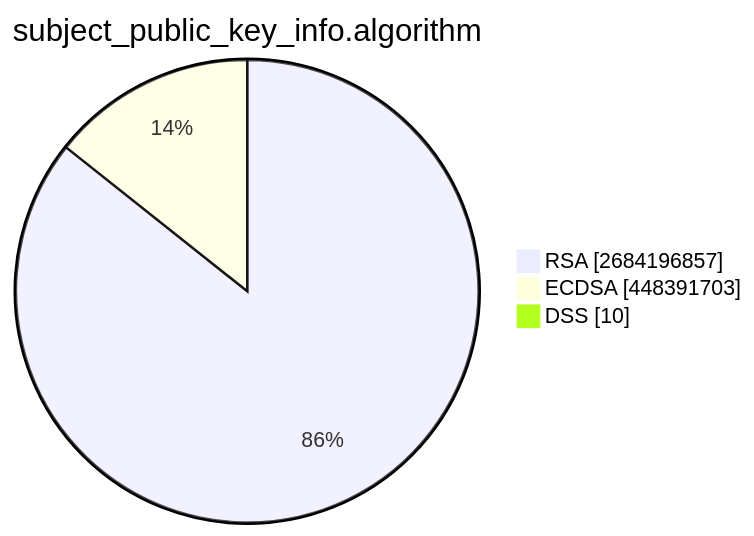
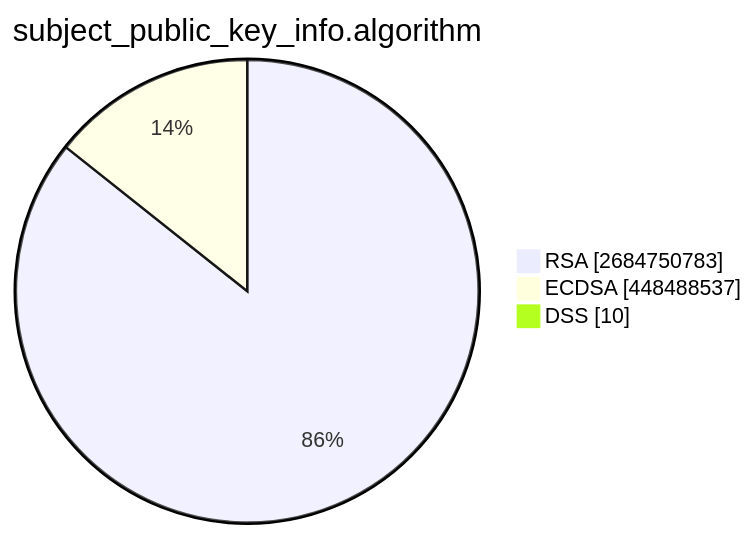
Before and after one commit to christiankrug/ctmonitor_visualization: the second of 15 diagrams in TOTAL/README.md, drawn with Mermaid. The commit also changed other lines of this file, not shown here.

````diff
--- a/TOTAL/README.md
+++ b/TOTAL/README.md
@@ -6,7 +6,7 @@
 ```mermaid
 pie showData
 title subject_public_key_info.algorithm
-"RSA" :2684196857
-"ECDSA" :448391703
+"RSA" :2684750783
+"ECDSA" :448488537
 "DSS" :10
 ```
````
